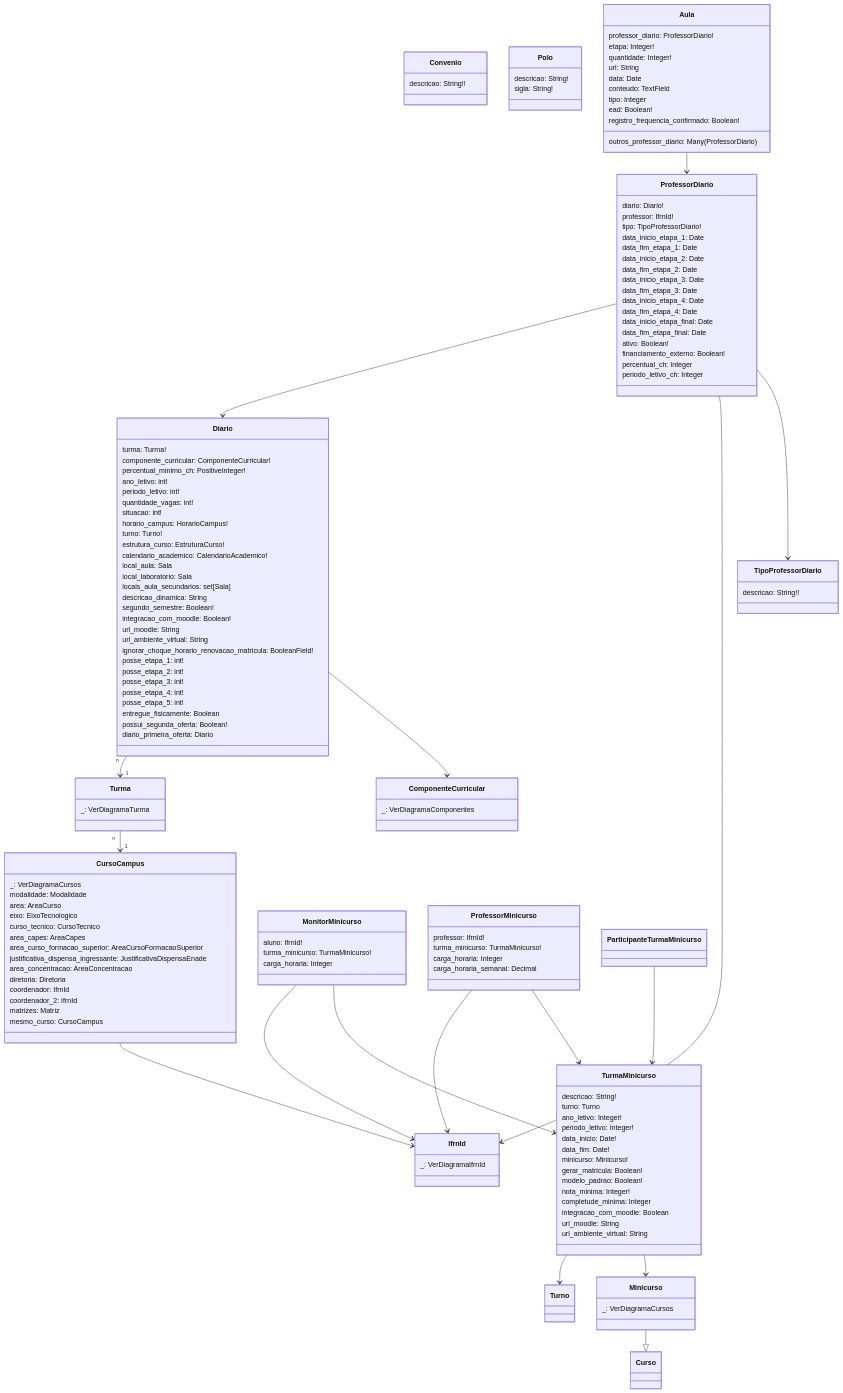
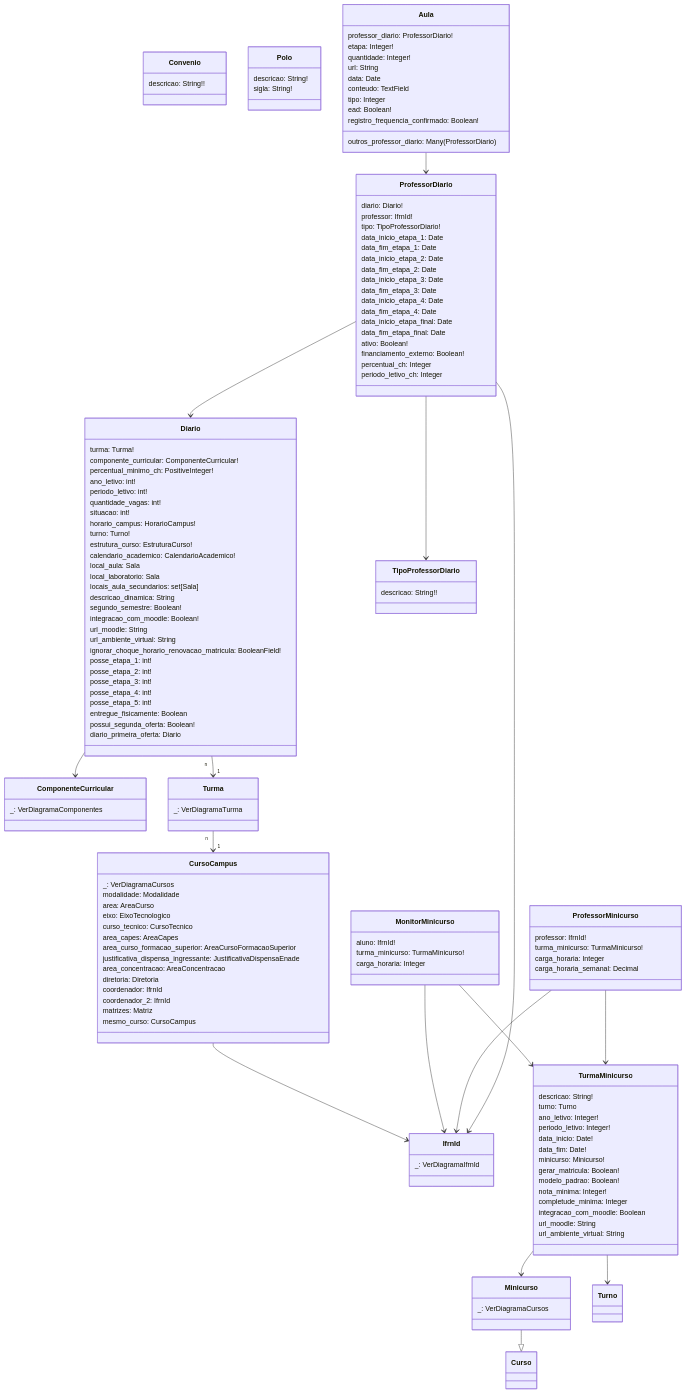
Before and after one commit to cte-zl-ifrn/cte-zl-ifrn.github.io: the diagram in suap/edu/diarios.md, drawn with Mermaid.

Commit message:
ajustes no diagrama de diários

```diff
--- a/suap/edu/diarios.md
+++ b/suap/edu/diarios.md
@@ -141,8 +141,6 @@
     TurmaMinicurso --> Turno
     TurmaMinicurso --> Minicurso
 
-    ParticipanteTurmaMinicurso --> TurmaMinicurso
-
     MonitorMinicurso --> IfrnId
     MonitorMinicurso --> TurmaMinicurso
 
```
